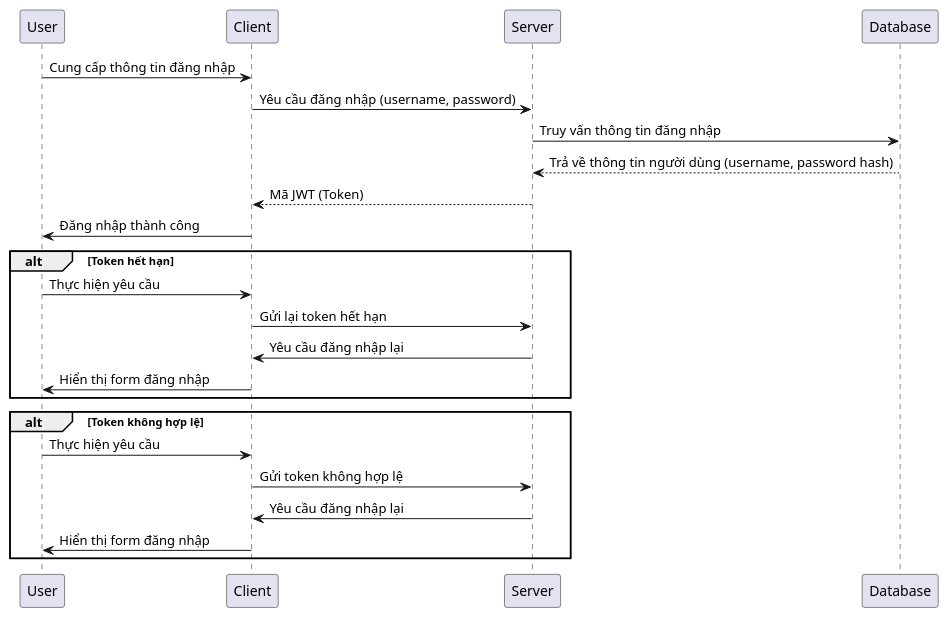
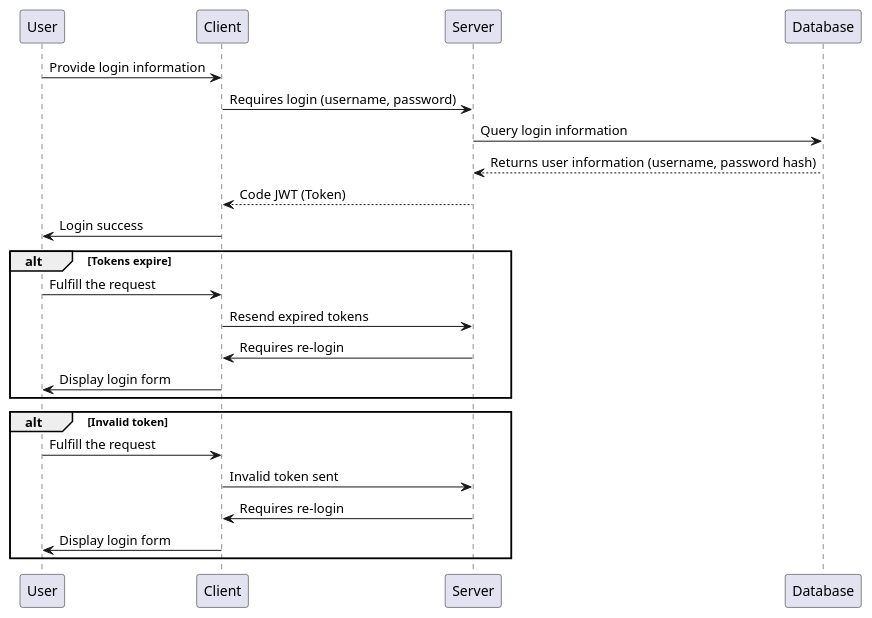
Before and after one commit to sen2012/back-end-web: the diagram in docs/sequence/login.plantuml, drawn with PlantUML. The commit also changed 42 other files, not shown here.

```diff
--- a/docs/sequence/login.plantuml
+++ b/docs/sequence/login.plantuml
@@ -1,28 +1,28 @@
 @startuml
 participant User
 participant Client
 participant Server
 participant Database
 
-User -> Client: Cung cấp thông tin đăng nhập
-Client -> Server: Yêu cầu đăng nhập (username, password)
-Server -> Database: Truy vấn thông tin đăng nhập
-Database --> Server: Trả về thông tin người dùng (username, password hash)
-Server --> Client: Mã JWT (Token)
-Client -> User: Đăng nhập thành công
+User -> Client: Provide login information
+Client -> Server: Requires login (username, password)
+Server -> Database: Query login information
+Database --> Server: Returns user information (username, password hash)
+Server --> Client: Code JWT (Token)
+Client -> User: Login success
 
-alt Token hết hạn
-    User -> Client: Thực hiện yêu cầu
-    Client -> Server: Gửi lại token hết hạn
-    Server -> Client: Yêu cầu đăng nhập lại
-    Client -> User: Hiển thị form đăng nhập
+alt Tokens expire
+    User -> Client: Fulfill the request
+    Client -> Server: Resend expired tokens
+    Server -> Client: Requires re-login
+    Client -> User: Display login form
 end
 
-alt Token không hợp lệ
-    User -> Client: Thực hiện yêu cầu
-    Client -> Server: Gửi token không hợp lệ
-    Server -> Client: Yêu cầu đăng nhập lại
-    Client -> User: Hiển thị form đăng nhập
+alt Invalid token
+    User -> Client: Fulfill the request
+    Client -> Server: Invalid token sent
+    Server -> Client: Requires re-login
+    Client -> User: Display login form
 end
 
 @enduml
```
